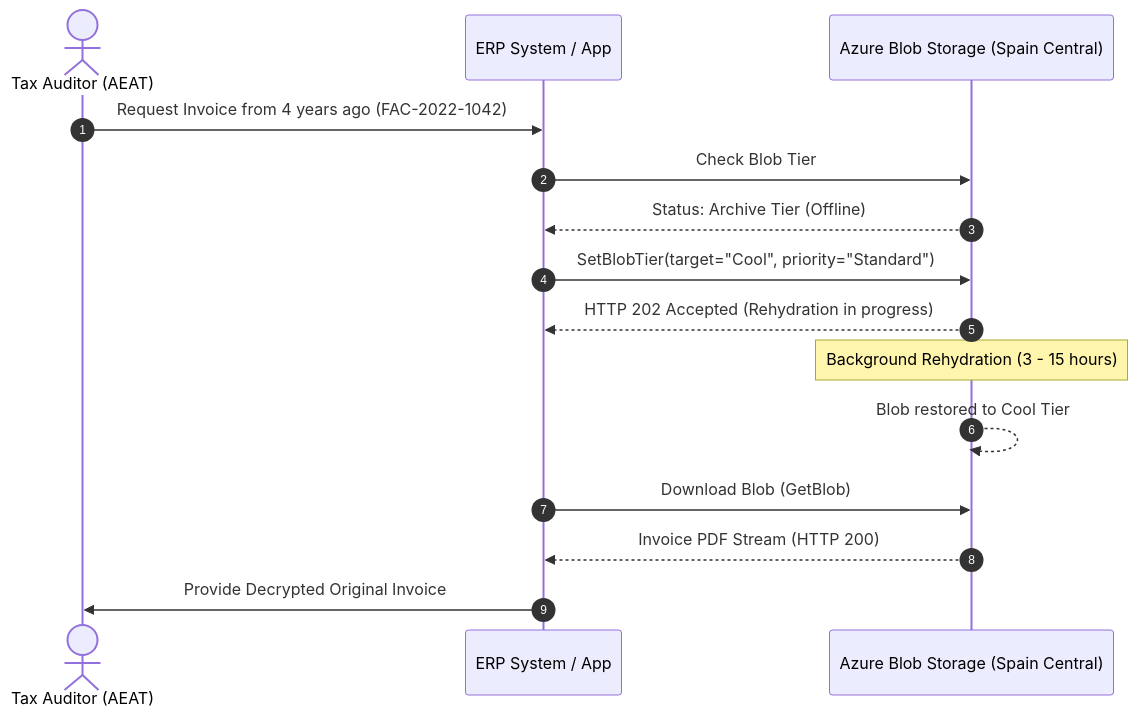
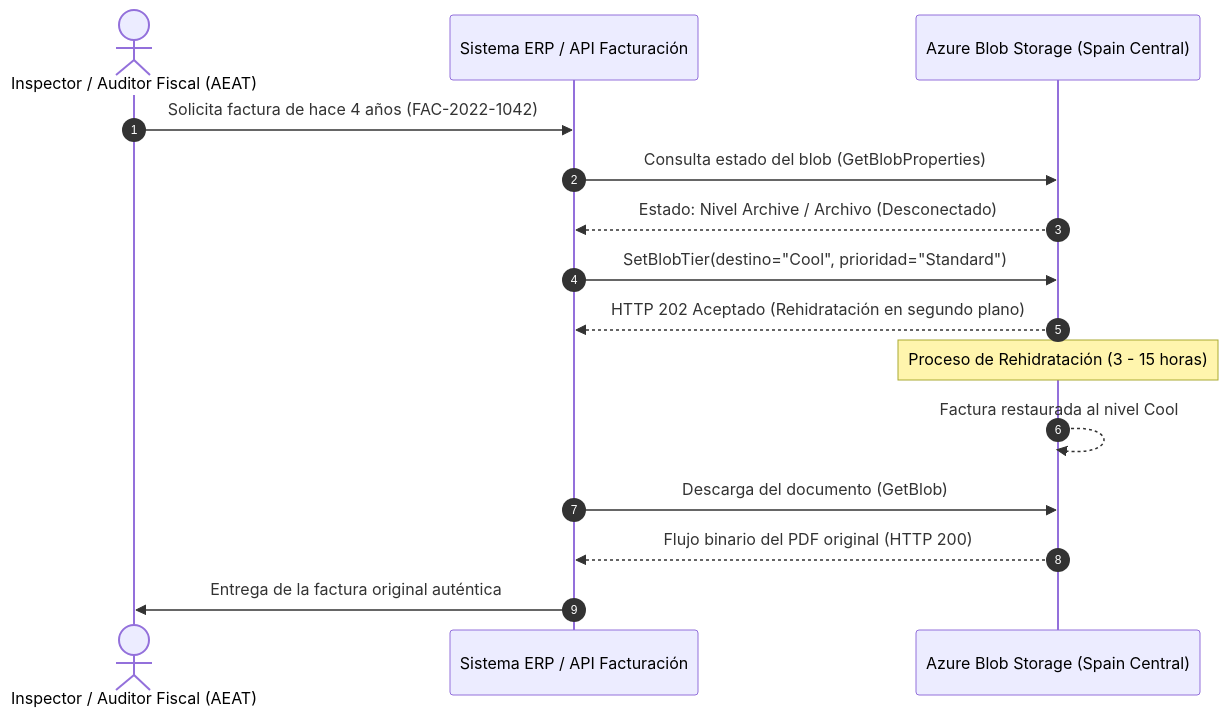
The diagram in docs/ERP_INTEGRATION_AND_REHYDRATION.md (nubenetes/azure-storage-erp-compliance-iac), drawn with Mermaid before and after one commit. The commit also changed other lines of this file and 7 other files, not shown here.

````diff
--- a/docs/ERP_INTEGRATION_AND_REHYDRATION.md
+++ b/docs/ERP_INTEGRATION_AND_REHYDRATION.md
@@ -42,18 +42,18 @@
 ```mermaid
 sequenceDiagram
     autonumber
-    actor Auditor as Tax Auditor (AEAT)
-    participant ERP as ERP System / App
+    actor Auditor as Inspector / Auditor Fiscal (AEAT)
+    participant ERP as Sistema ERP / API Facturación
     participant Storage as Azure Blob Storage (Spain Central)
 
-    Auditor->>ERP: Request Invoice from 4 years ago (FAC-2022-1042)
-    ERP->>Storage: Check Blob Tier
-    Storage-->>ERP: Status: Archive Tier (Offline)
-    ERP->>Storage: SetBlobTier(target="Cool", priority="Standard")
-    Storage-->>ERP: HTTP 202 Accepted (Rehydration in progress)
-    Note over Storage: Background Rehydration (3 - 15 hours)
-    Storage-->>Storage: Blob restored to Cool Tier
-    ERP->>Storage: Download Blob (GetBlob)
-    Storage-->>ERP: Invoice PDF Stream (HTTP 200)
-    ERP->>Auditor: Provide Decrypted Original Invoice
+    Auditor->>ERP: Solicita factura de hace 4 años (FAC-2022-1042)
+    ERP->>Storage: Consulta estado del blob (GetBlobProperties)
+    Storage-->>ERP: Estado: Nivel Archive / Archivo (Desconectado)
+    ERP->>Storage: SetBlobTier(destino="Cool", prioridad="Standard")
+    Storage-->>ERP: HTTP 202 Aceptado (Rehidratación en segundo plano)
+    Note over Storage: Proceso de Rehidratación (3 - 15 horas)
+    Storage-->>Storage: Factura restaurada al nivel Cool
+    ERP->>Storage: Descarga del documento (GetBlob)
+    Storage-->>ERP: Flujo binario del PDF original (HTTP 200)
+    ERP->>Auditor: Entrega de la factura original auténtica
 ```
````
